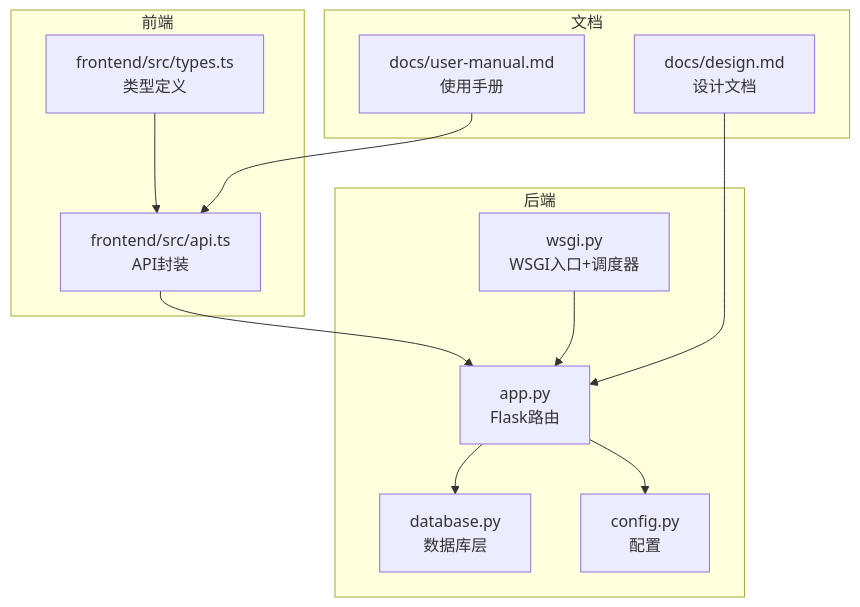
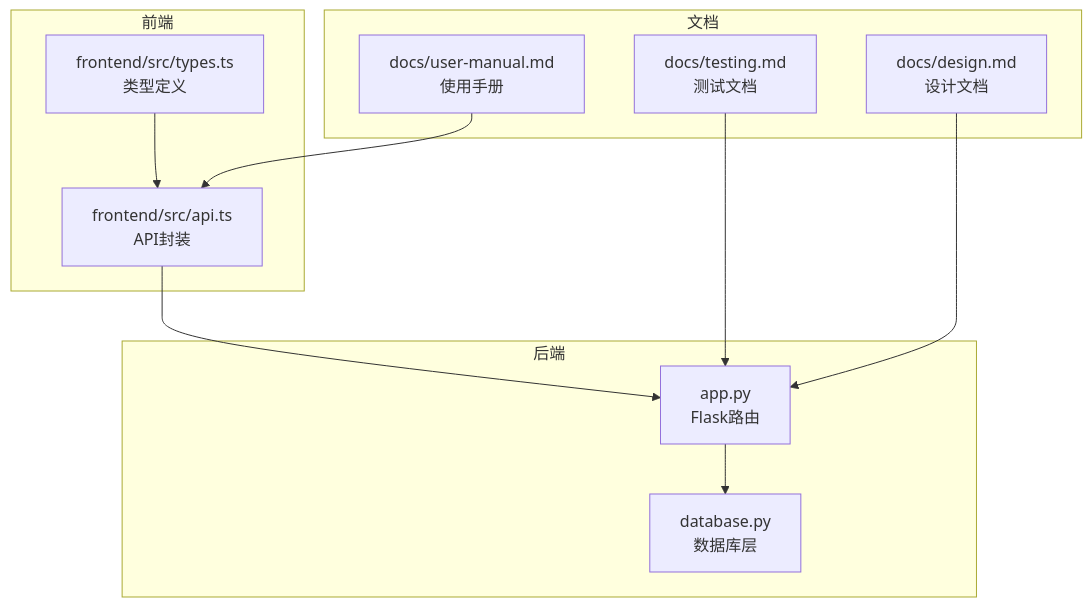
One commit to GDY-ai/ainstein changed the first of 3 diagrams in .qoder/repowiki/zh/content/API参考文档/项目管理API.md. Above: the diagram before and after it, drawn with Mermaid. The commit also changed other lines of this file and 61 other files, not shown here.

````diff
--- a/.qoder/repowiki/zh/content/API参考文档/项目管理API.md
+++ b/.qoder/repowiki/zh/content/API参考文档/项目管理API.md
@@ -38,24 +49,22 @@
 ```mermaid
 graph TB
 subgraph "前端"
 FE_API["frontend/src/api.ts<br/>API封装"]
 FE_TYPES["frontend/src/types.ts<br/>类型定义"]
 end
 subgraph "后端"
 FLASK_APP["app.py<br/>Flask路由"]
 DB_LAYER["database.py<br/>数据库层"]
-CFG["config.py<br/>配置"]
-WSGI["wsgi.py<br/>WSGI入口+调度器"]
 end
 subgraph "文档"
-DOC_DESIGN["docs/design.md<br/>设计文档"]
-DOC_USER["docs/user-manual.md<br/>使用手册"]
+TEST_DOC["docs/testing.md<br/>测试文档"]
+DESIGN_DOC["docs/design.md<br/>设计文档"]
+USER_MANUAL["docs/user-manual.md<br/>使用手册"]
 end
 FE_API --> FLASK_APP
 FE_TYPES --> FE_API
 FLASK_APP --> DB_LAYER
-FLASK_APP --> CFG
-WSGI --> FLASK_APP
-DOC_DESIGN --> FLASK_APP
-DOC_USER --> FE_API
+TEST_DOC --> FLASK_APP
+DESIGN_DOC --> FLASK_APP
+USER_MANUAL --> FE_API
 ```
````
